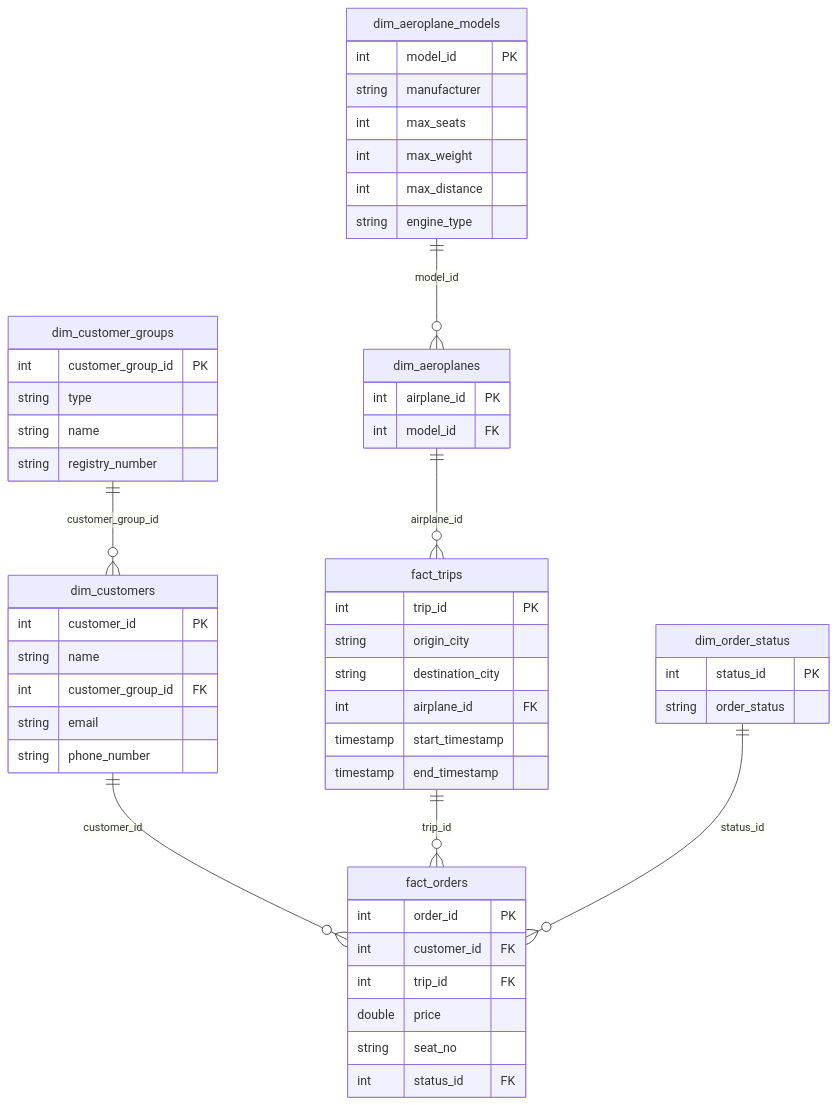
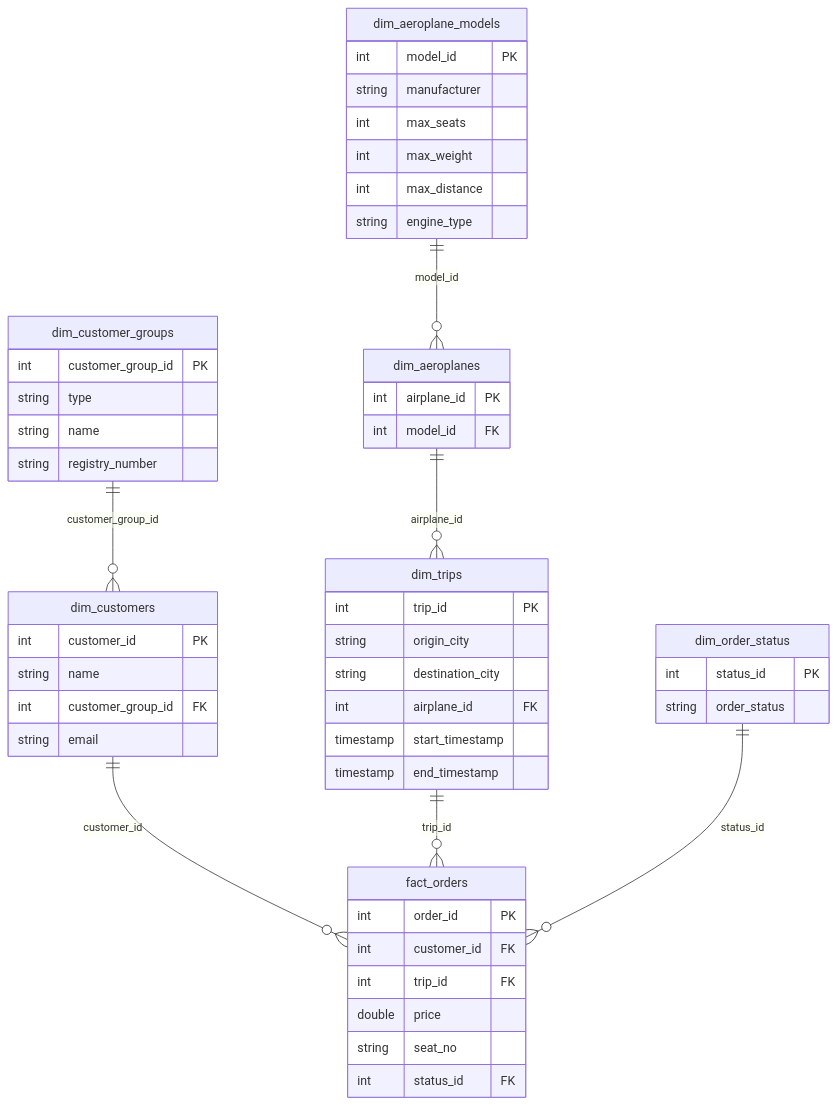
Before and after one commit to Victorede/Air_Boltic_Project: the diagram in README.MD, drawn with Mermaid. The commit also changed other lines of this file and 22 other files, not shown here.

````diff
--- a/README.MD
+++ b/README.MD
@@ -10,67 +10,67 @@
 ```mermaid
 erDiagram
 
     %% Entities
 
     dim_customers {
         int customer_id PK
         string name
         int customer_group_id FK
         string email
-        string phone_number
+        
     }
     
     dim_customer_groups {
         int customer_group_id PK
         string type
         string name
         string registry_number
     }
 
     dim_aeroplanes {
         int airplane_id PK
         int model_id FK
     }
 
     dim_aeroplane_models {
         int model_id PK
         string manufacturer
         int max_seats
         int max_weight
         int max_distance
         string engine_type
     }
 
-    fact_trips {
+    dim_trips {
         int trip_id PK
         string origin_city
         string destination_city
         int airplane_id FK
         timestamp start_timestamp
         timestamp end_timestamp
     }
 
     fact_orders {
         int order_id PK
         int customer_id FK
         int trip_id FK
         double price
         string seat_no
         int status_id FK
     }
 
     dim_order_status {
         int status_id PK
         string order_status
     }
 
     %% Relationships
 
     dim_customer_groups ||--o{ dim_customers : customer_group_id
     dim_aeroplane_models ||--o{ dim_aeroplanes : model_id
-    dim_aeroplanes ||--o{ fact_trips : airplane_id
+    dim_aeroplanes ||--o{ dim_trips : airplane_id
     dim_customers ||--o{ fact_orders : customer_id
-    fact_trips ||--o{ fact_orders : trip_id
+    dim_trips ||--o{ fact_orders : trip_id
     dim_order_status ||--o{ fact_orders : status_id
 
 ```
````
